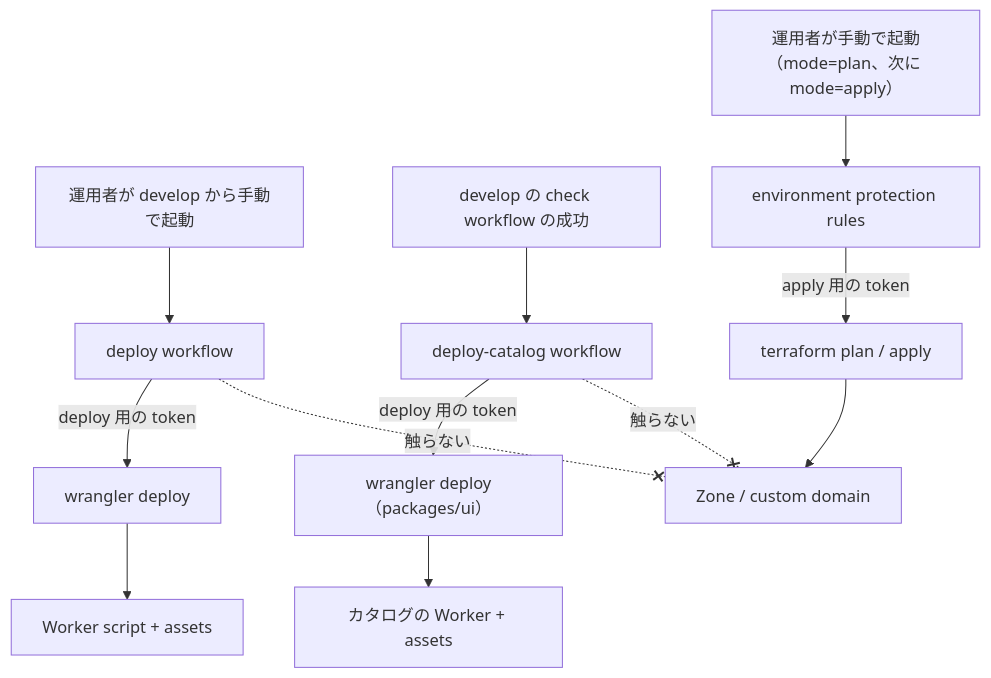
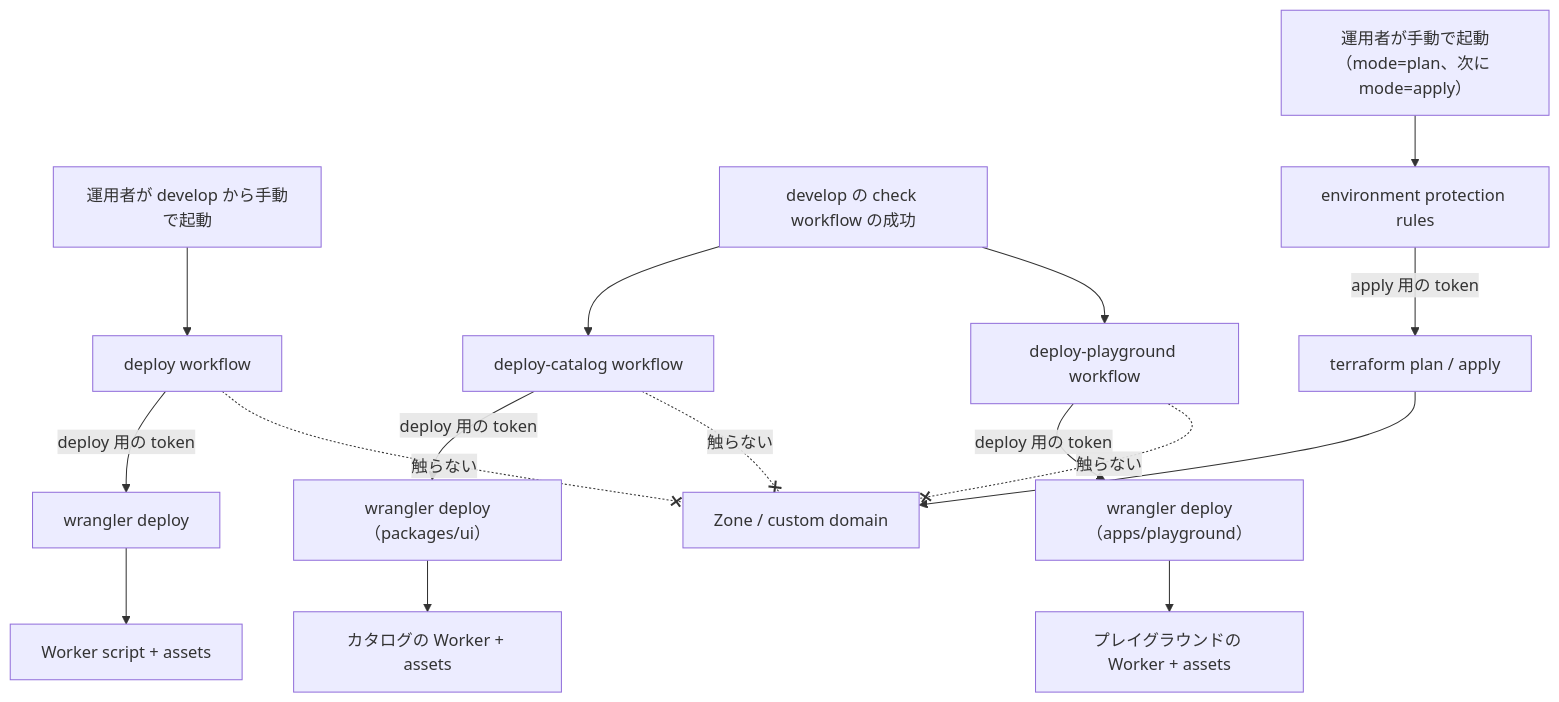
The diagram in infra/DesignDoc.md (Fukuemon/fukuemon.dev), drawn with Mermaid before and after one commit. The commit also changed other lines of this file and 10 other files, not shown here.

Commit message:
docs: プレイグラウンドの Design Doc を apps/playground へ移し、Worker とヘッダの記述を足す #94

````diff
--- a/infra/DesignDoc.md
+++ b/infra/DesignDoc.md
@@ -42,14 +43,18 @@
 ```mermaid
 flowchart TD
     dmanual["運用者が develop から手動で起動"] --> ci["deploy workflow"]
     ci -->|"deploy 用の token"| wd["wrangler deploy"]
     wd --> worker["Worker script + assets"]
     check["develop の check workflow の成功"] --> cci["deploy-catalog workflow"]
     cci -->|"deploy 用の token"| cwd["wrangler deploy（packages/ui）"]
     cwd --> catalog["カタログの Worker + assets"]
+    check --> pci["deploy-playground workflow"]
+    pci -->|"deploy 用の token"| pwd["wrangler deploy（apps/playground）"]
+    pwd --> playground["プレイグラウンドの Worker + assets"]
     manual["運用者が手動で起動（mode=plan、次に mode=apply）"] --> env["environment protection rules"]
     env -->|"apply 用の token"| tf["terraform plan / apply"]
     tf --> base["Zone / custom domain"]
     ci -. "触らない" .-x base
     cci -. "触らない" .-x base
+    pci -. "触らない" .-x base
 ```
````
